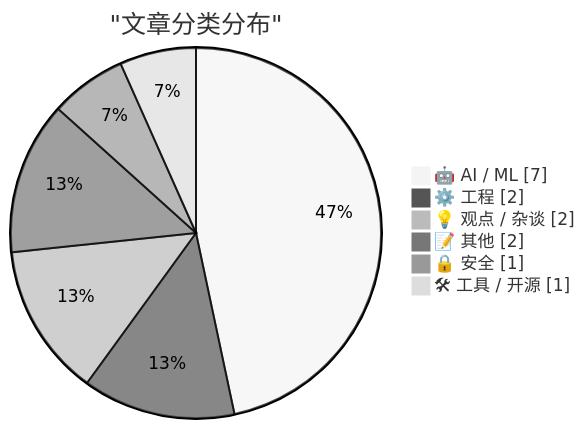
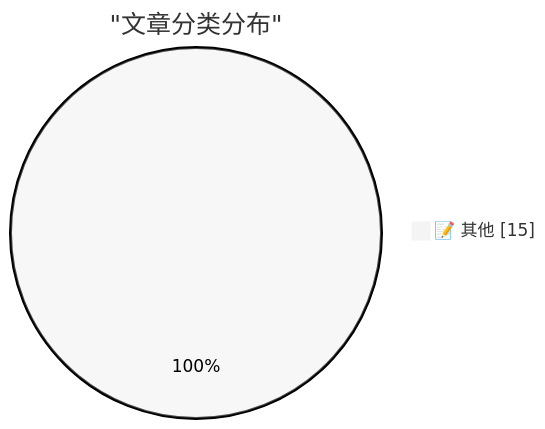
The diagram in public/data/digest-latest.md (Yeadon8888/digest-news-viewer), drawn with Mermaid (neutral theme) before and after one commit. The commit also changed other lines of this file, not shown here.

````diff
--- a/public/data/digest-latest.md
+++ b/public/data/digest-latest.md
@@ -53,10 +35,5 @@
 ```mermaid
 pie showData
     title "文章分类分布"
-    "🤖 AI / ML" : 7
-    "⚙️ 工程" : 2
-    "💡 观点 / 杂谈" : 2
-    "📝 其他" : 2
-    "🔒 安全" : 1
-    "🛠 工具 / 开源" : 1
+    "📝 其他" : 15
 ```
````
